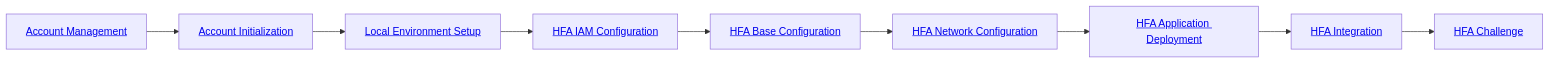
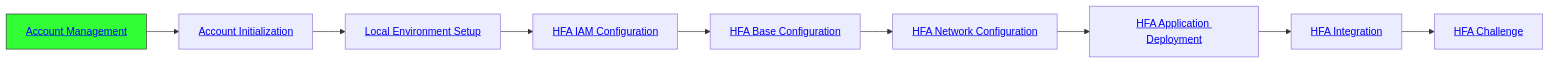
The diagram in workshop/Readme.md (Huawei-APAC-Professional-Services/hfa-workshop), drawn with Mermaid before and after one commit.

````diff
--- a/workshop/Readme.md
+++ b/workshop/Readme.md
@@ -40,13 +40,14 @@
 ```mermaid
 flowchart LR
     Account[<a href='https://github.com/Huawei-APAC-Professional-Services/hfa-workshop/blob/main/workshop/content/01_Account_Management.md'>Account Management</a>]
+    style Account fill:#33FF36,stroke:#333,stroke-width:1px
     Account --> AccountInitialization[<a href='https://github.com/Huawei-APAC-Professional-Services/hfa-workshop/blob/main/workshop/content/02_Account_Initialization.md'>Account Initialization</a>]
     AccountInitialization --> LocalEnvironmentSetup[<a href='https://github.com/Huawei-APAC-Professional-Services/hfa-workshop/blob/main/workshop/content/03_Local_Env_Setup.md'>Local Environment Setup</a>]
     LocalEnvironmentSetup --> HFA_IAM_Configuration[<a href='https://github.com/Huawei-APAC-Professional-Services/hfa-workshop/blob/main/workshop/content/04_HFA_IAM_Configuration.md'>HFA IAM Configuration</a>]
     HFA_IAM_Configuration --> HFA_Base_Configuration[<a href='https://github.com/Huawei-APAC-Professional-Services/hfa-workshop/blob/main/workshop/content/05_HFA_Base_Configuration.md'>HFA Base Configuration</a>]
     HFA_Base_Configuration --> HFA_Network_Configuration[<a href='https://github.com/Huawei-APAC-Professional-Services/hfa-workshop/blob/main/workshop/content/06_HFA_Network_Configuration.md'>HFA Network Configuration</a>]
     HFA_Network_Configuration --> HFA_Application_Deployment[<a href='https://github.com/Huawei-APAC-Professional-Services/hfa-workshop/blob/main/workshop/content/07_HFA_Application_Deployment.md'>HFA Application Deployment</a>]
     HFA_Application_Deployment --> HFA_Integration[<a href='https://github.com/Huawei-APAC-Professional-Services/hfa-workshop/blob/main/workshop/content/08_HFA_Integration.md'>HFA Integration</a>]
     HFA_Integration --> HFA_Challenge[<a href='https://github.com/Huawei-APAC-Professional-Services/hfa-workshop/blob/main/workshop/content/09_HFA_Challenge.md'>HFA Challenge</a>]
     
 ```
````
